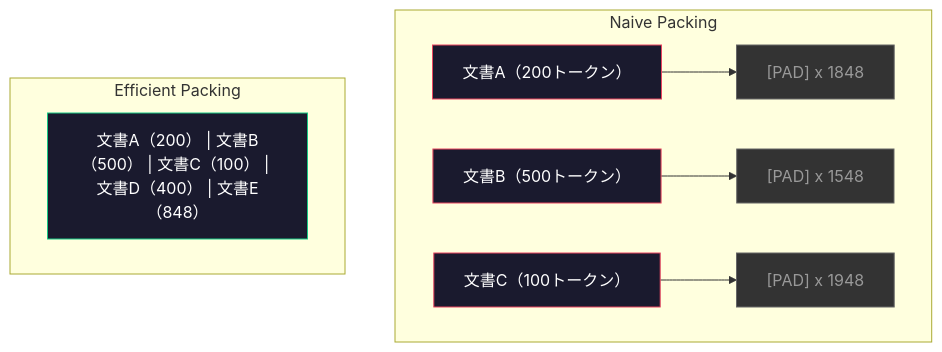
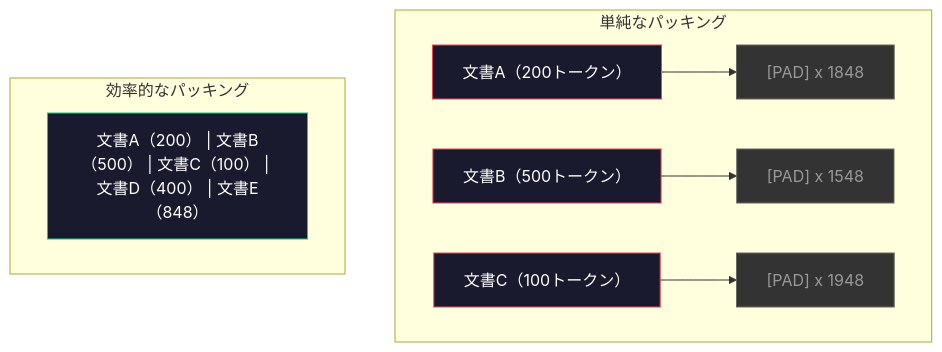
Before and after one commit to shoshoshomen/synapse-academy: the third of 3 diagrams in content/phases/10-llms-from-scratch/03-data-pipelines/lesson.ja.md, drawn with Mermaid. The commit also changed other lines of this file and 124 other files, not shown here.

First line of the commit message:
feat(i18n): mermaid図のラベルを日本語化(194レッスン/374図)

````diff
--- a/content/phases/10-llms-from-scratch/03-data-pipelines/lesson.ja.md
+++ b/content/phases/10-llms-from-scratch/03-data-pipelines/lesson.ja.md
@@ -133,20 +133,20 @@
 ```mermaid
 graph TD
-    subgraph Naive Packing
+    subgraph "単純なパッキング"
         A1["文書A（200トークン）"] --> P1["[PAD] x 1848"]
         A2["文書B（500トークン）"] --> P2["[PAD] x 1548"]
         A3["文書C（100トークン）"] --> P3["[PAD] x 1948"]
     end
 
-    subgraph Efficient Packing
+    subgraph "効率的なパッキング"
         B1["文書A（200） | 文書B（500） | 文書C（100） | 文書D（400） | 文書E（848）"]
     end
 
     style A1 fill:#1a1a2e,stroke:#e94560,color:#fff
     style A2 fill:#1a1a2e,stroke:#e94560,color:#fff
     style A3 fill:#1a1a2e,stroke:#e94560,color:#fff
     style P1 fill:#333,stroke:#666,color:#999
     style P2 fill:#333,stroke:#666,color:#999
     style P3 fill:#333,stroke:#666,color:#999
     style B1 fill:#1a1a2e,stroke:#16c784,color:#fff
 ```
````
